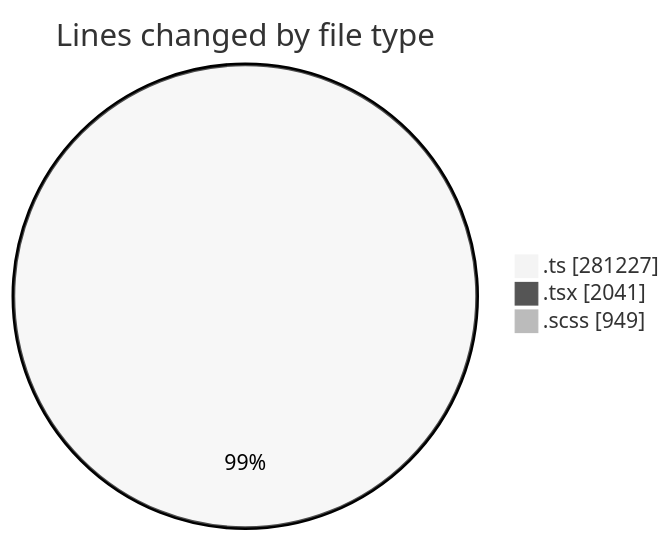
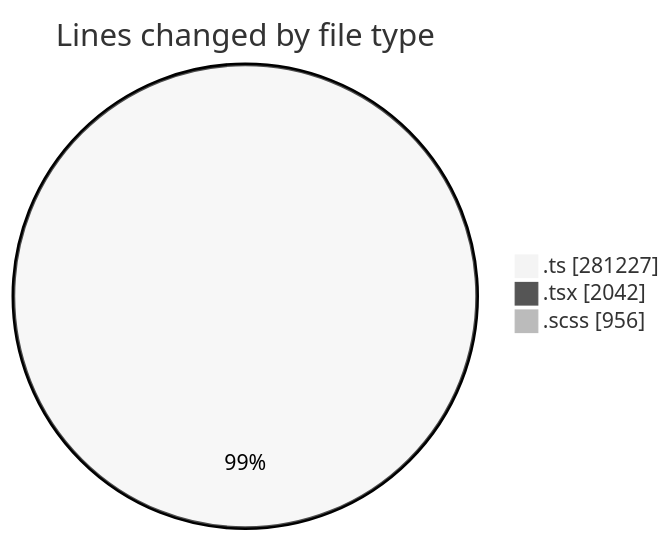
Before and after one commit to momahboobian/code-tracking: the first of 2 diagrams in 2025-08-22/cda/README.md, drawn with Mermaid (neutral theme). The commit also changed other lines of this file and 1 other file, not shown here.

````diff
--- a/2025-08-22/cda/README.md
+++ b/2025-08-22/cda/README.md
@@ -43,7 +43,7 @@
 ```mermaid
 pie showData
 title Lines changed by file type
 ".ts" : 281227
-".tsx" : 2041
-".scss" : 949
+".tsx" : 2042
+".scss" : 956
 ```
````
